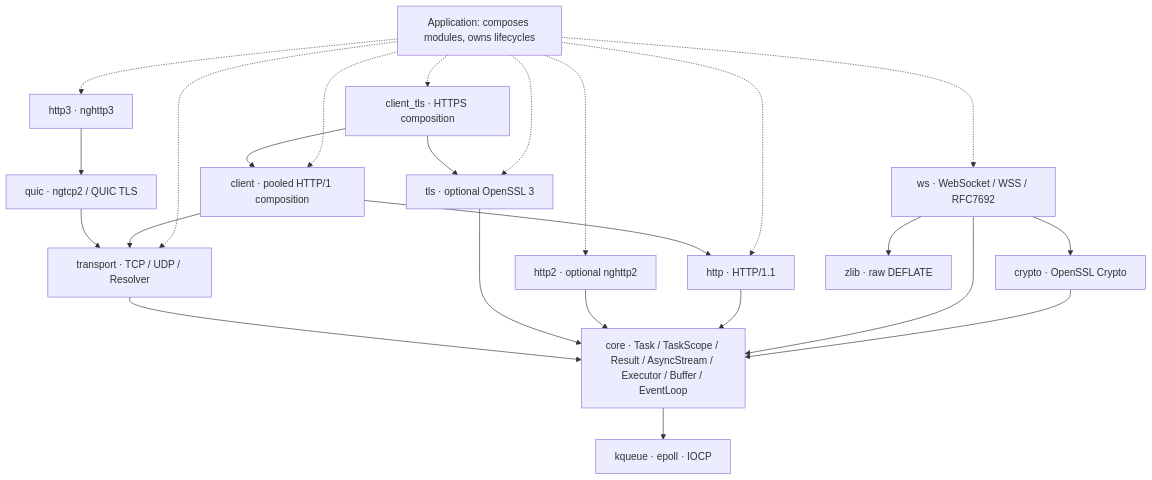
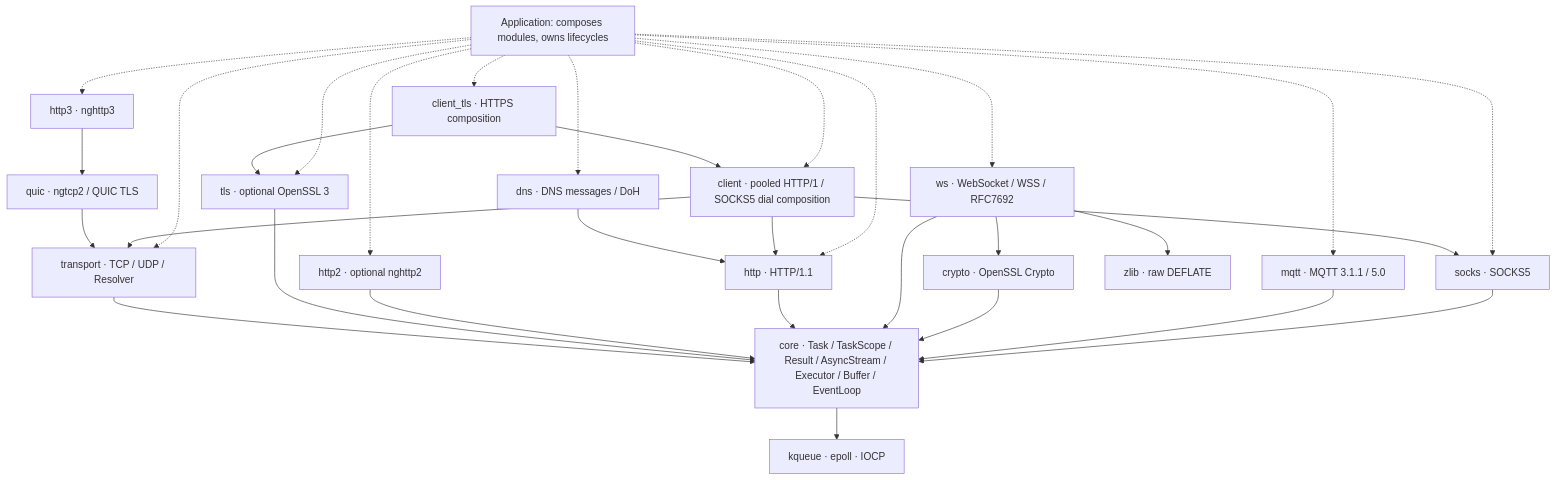
One commit to dqsjqian/Mira changed the diagram in README.en.md. Above: the diagram before and after it, drawn with Mermaid. The commit also changed other lines of this file and 3 other files, not shown here.

First line of the commit message:
docs: record the delivered 0-RTT, Expect, SOCKS5, DoH and MQTT phase

````diff
--- a/README.en.md
+++ b/README.en.md
@@ -80,27 +80,34 @@
 ```mermaid
 flowchart TB
     App[Application: composes modules, owns lifecycles]
     App -.-> HTTP[http · HTTP/1.1]
     App -.-> TLS[tls · optional OpenSSL 3]
     App -.-> TCP[transport · TCP / UDP / Resolver]
     App -.-> H2[http2 · optional nghttp2]
     App -.-> H3[http3 · nghttp3]
     App -.-> WS[ws · WebSocket / WSS / RFC7692]
-    App -.-> Client[client · pooled HTTP/1 composition]
+    App -.-> Client[client · pooled HTTP/1 / SOCKS5 dial composition]
     App -.-> ClientTLS[client_tls · HTTPS composition]
+    App -.-> SOCKS[socks · SOCKS5]
+    App -.-> DNS[dns · DNS messages / DoH]
+    App -.-> MQTT[mqtt · MQTT 3.1.1 / 5.0]
     Client --> HTTP
+    Client --> SOCKS
     Client --> TCP
+    SOCKS --> Core
+    DNS --> HTTP
+    MQTT --> Core
     ClientTLS --> Client
     ClientTLS --> TLS
     WS --> Crypto[crypto · OpenSSL Crypto]
     WS --> Zlib[zlib · raw DEFLATE]
     Crypto --> Core
     WS --> Core
     HTTP --> Core[core · Task / TaskScope / Result / AsyncStream / Executor / Buffer / EventLoop]
     H2 --> Core
     H3 --> QUIC[quic · ngtcp2 / QUIC TLS]
     QUIC --> TCP
     TLS --> Core
     TCP --> Core
     Core --> Backends[kqueue · epoll · IOCP]
 ```
````
